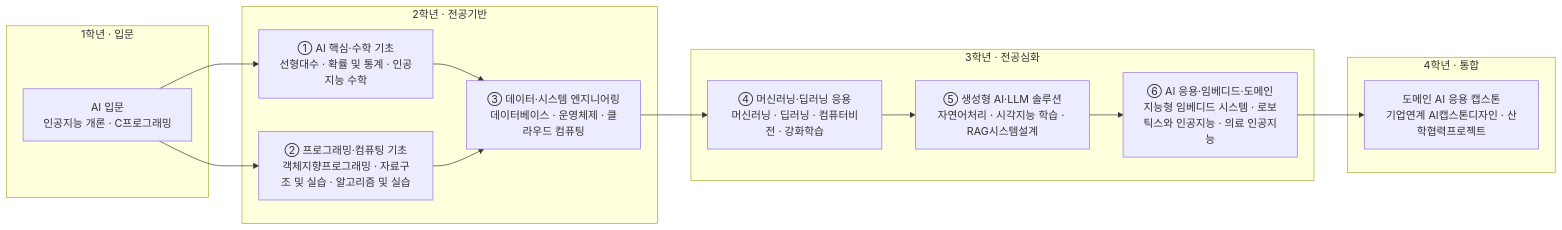
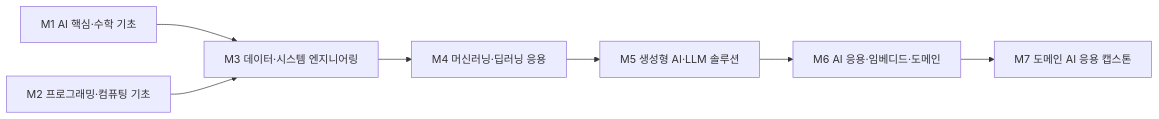
The diagram in docs/ai/ai-application.md (parclab-hsu/ai-curriculum-2026), drawn with Mermaid before and after one commit. The commit also changed other lines of this file and 22 other files, not shown here.

````diff
--- a/docs/ai/ai-application.md
+++ b/docs/ai/ai-application.md
@@ -167,27 +179,6 @@
 ```mermaid
 flowchart LR
-  subgraph Y1["1학년 · 입문"]
-    A0["AI 입문<br/>인공지능 개론 · C프로그래밍"]
-  end
-  subgraph Y2["2학년 · 전공기반"]
-    M1["① AI 핵심·수학 기초<br/>선형대수 · 확률 및 통계 · 인공지능 수학"]
-    M2["② 프로그래밍·컴퓨팅 기초<br/>객체지향프로그래밍 · 자료구조 및 실습 · 알고리즘 및 실습"]
-    M3["③ 데이터·시스템 엔지니어링<br/>데이터베이스 · 운영체제 · 클라우드 컴퓨팅"]
-  end
-  subgraph Y3["3학년 · 전공심화"]
-    M4["④ 머신러닝·딥러닝 응용<br/>머신러닝 · 딥러닝 · 컴퓨터비전 · 강화학습"]
-    M5["⑤ 생성형 AI·LLM 솔루션<br/>자연어처리 · 시각지능 학습 · RAG시스템설계"]
-    M6["⑥ AI 응용·임베디드·도메인<br/>지능형 임베디드 시스템 · 로보틱스와 인공지능 · 의료 인공지능"]
-  end
-  subgraph Y4["4학년 · 통합"]
-    CAP["도메인 AI 응용 캡스톤<br/>기업연계 AI캡스톤디자인 · 산학협력프로젝트"]
-  end
-  A0 --> M1
-  A0 --> M2
-  M1 --> M3
-  M2 --> M3
-  M3 --> M4
-  M4 --> M5
-  M5 --> M6
-  M6 --> CAP
+  M1["M1 AI 핵심·수학 기초"] --> M3["M3 데이터·시스템 엔지니어링"]
+  M2["M2 프로그래밍·컴퓨팅 기초"] --> M3
+  M3 --> M4["M4 머신러닝·딥러닝 응용"] --> M5["M5 생성형 AI·LLM 솔루션"] --> M6["M6 AI 응용·임베디드·도메인"] --> CAP["M7 도메인 AI 응용 캡스톤"]
 ```
````
